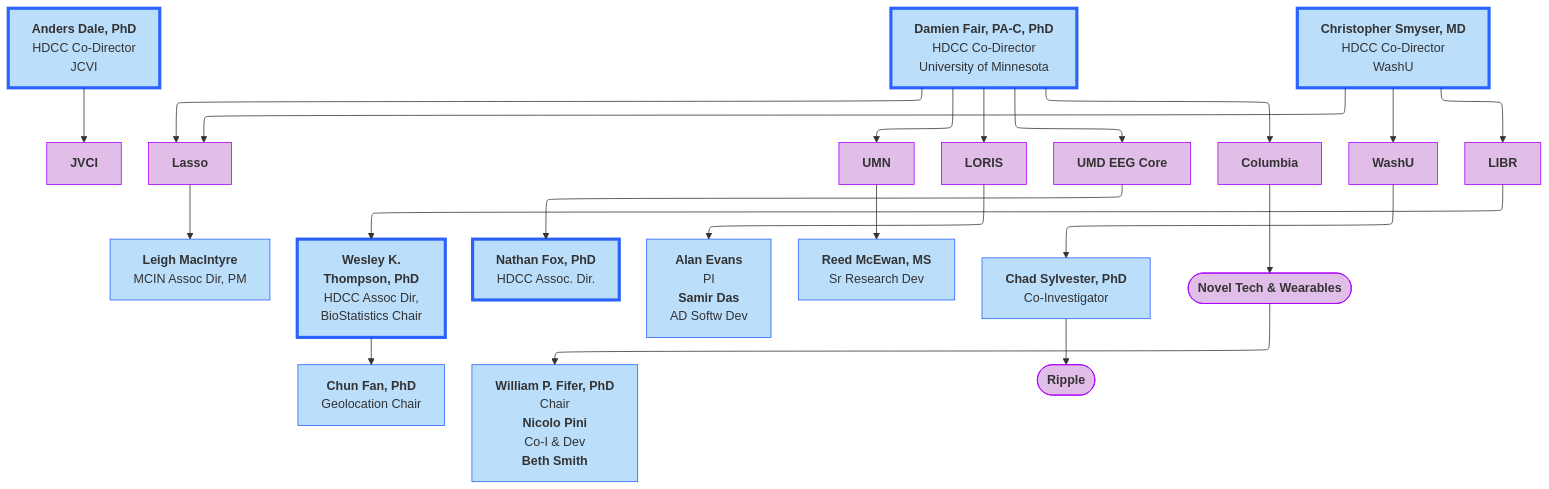
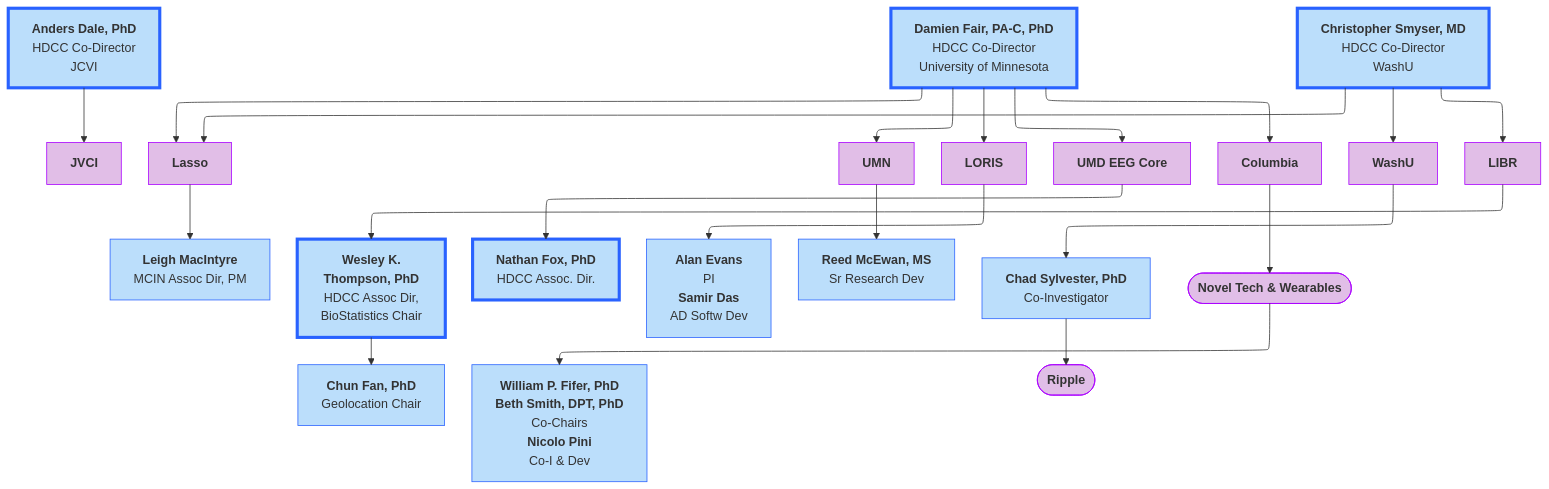
Before and after one commit to DCAN-Labs/hbcd-docs-internal: the first of 9 diagrams in docs/orgcharts.md, drawn with Mermaid. The commit also changed other lines of this file, not shown here.

Commit message:
update overview with Beth Smith role

````diff
--- a/docs/orgcharts.md
+++ b/docs/orgcharts.md
@@ -12,47 +12,47 @@
 ```mermaid
 ---
 config:
   layout: elk
 ---
 flowchart TB
     n2["<b>Anders Dale, PhD<br></b>HDCC Co-Director<br>JCVI"] --> jvci["<b>JVCI</b>"]
     E["<b>Damien Fair, PA-C, PhD</b><br>HDCC Co-Director<br>University of Minnesota"] --> lasso["<b>Lasso</b>"] & umn["<b>UMN</b>"] & n7["<b>LORIS</b>"] & n8["<b>UMD EEG Core</b>"] & n11["<b>Columbia</b>"]
     lasso --> lasso1["<b>Leigh MacIntyre</b><br>MCIN Assoc Dir, PM"]
     n1["<b>Christopher Smyser, MD<br></b>HDCC Co-Director<br>WashU"] --> n10["<b>WashU</b><br>"] & n12["<b>LIBR</b>"] & lasso
     n16["<b>Wesley K.<br>Thompson, PhD</b><br>HDCC Assoc Dir,<br>BioStatistics Chair"] --> n17["<b>Chun Fan, PhD</b><br>Geolocation Chair"]
     n12 --> n16
     n8 --> n19["<b>Nathan Fox, PhD<br></b>HDCC Assoc. Dir."]
     n7 --> n20["<b>Alan Evans</b><br>PI<br><b>Samir Das</b><br>AD Softw Dev"]
     umn --> reed["<b>Reed McEwan, MS</b><br>Sr Research Dev"]
     n10 --> n22["<b>Chad Sylvester, PhD</b><br>Co-Investigator"]
     n11 --> n23(["<b>Novel Tech &amp; Wearables</b>"])
-    n23 --> n18["<b>William P. Fifer, PhD<br></b>Chair<br><b>Nicolo Pini<br></b>Co-I &amp; Dev<br><b>Beth Smith</b>"]
+    n23 --> n18["<b>William P. Fifer, PhD</b><br><b>Beth Smith, DPT, PhD</b><br>Co-Chairs<br><b>Nicolo Pini<br></b>Co-I &amp; Dev"]
     n22 --> n24(["<b>Ripple</b>"])
     style n2 fill:#BBDEFB,stroke:#2962FF,stroke-width:4px
     style jvci fill:#E1BEE7,stroke:#AA00FF
     style E fill:#BBDEFB,stroke:#2962FF,stroke-width:4px
     style lasso fill:#E1BEE7,stroke:#AA00FF
     style umn fill:#E1BEE7,stroke:#AA00FF
     style n7 fill:#E1BEE7,stroke:#AA00FF
     style n8 fill:#E1BEE7,stroke:#AA00FF
     style n11 fill:#E1BEE7,stroke:#AA00FF
     style lasso1 fill:#BBDEFB,stroke:#2962FF
     style n1 fill:#BBDEFB,stroke:#2962FF,stroke-width:4px
     style n10 fill:#E1BEE7,stroke:#AA00FF
     style n12 fill:#E1BEE7,stroke:#AA00FF
     style n16 fill:#BBDEFB,stroke:#2962FF,stroke-width:4px
     style n17 fill:#BBDEFB,stroke:#2962FF
     style n19 fill:#BBDEFB,stroke:#2962FF,stroke-width:4px
     style n20 fill:#BBDEFB,stroke:#2962FF
     style reed fill:#BBDEFB,stroke:#2962FF
     style n22 fill:#BBDEFB,stroke:#2962FF
     style n23 fill:#E1BEE7,stroke:#AA00FF
     style n18 fill:#BBDEFB,stroke:#2962FF
     style n24 fill:#E1BEE7,stroke:#AA00FF
     click jvci "#j-craig-venter-institute"
     click lasso "#lasso"
     click umn "#university-of-minnesota"
     click n7 "#loris"
     click n8 "#umd-eeg-core"
     click n10 "#washu"
 ```
````
